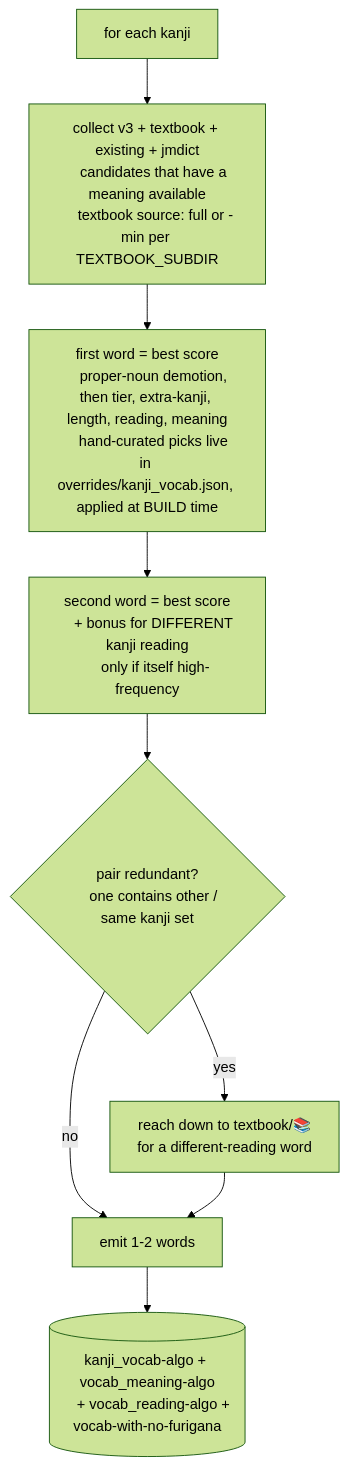
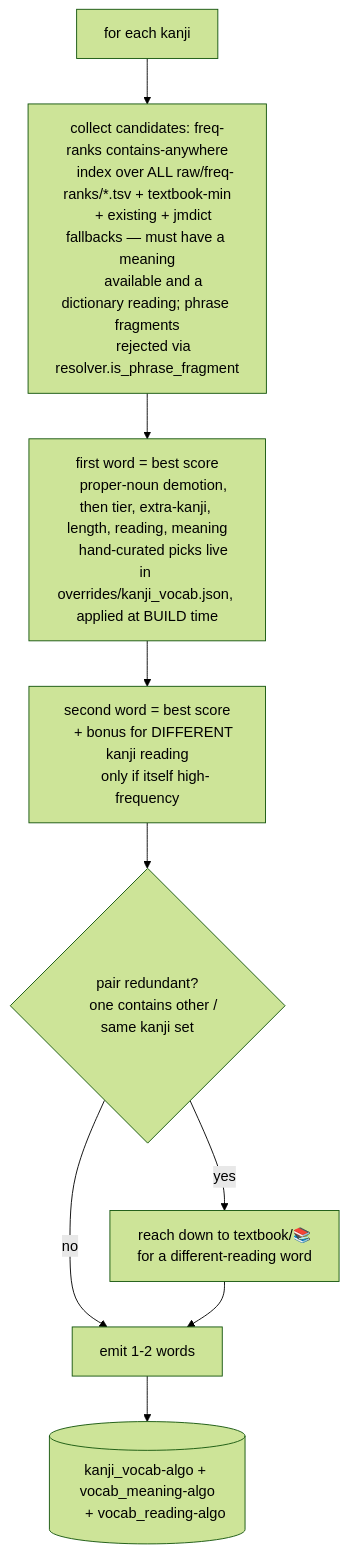
The fifth of 7 diagrams in notes/flowchart.md (PikaPikaGems/kanji-heatmap-data), drawn with Mermaid (forest theme) before and after one commit. The commit also changed other lines of this file, not shown here.

First line of the commit message:
Update flowchart.md to the post-redesign pipeline

````diff
--- a/notes/flowchart.md
+++ b/notes/flowchart.md
@@ -211,20 +224,22 @@
 ```mermaid
 flowchart TD
-    K[for each kanji] --> C[collect v3 + textbook + existing + jmdict
-    candidates that have a meaning available
-    textbook source: full or -min per TEXTBOOK_SUBDIR]
+    K[for each kanji] --> C[collect candidates: freq-ranks contains-anywhere
+    index over ALL raw/freq-ranks/*.tsv + textbook-min
+    + existing + jmdict fallbacks — must have a meaning
+    available and a dictionary reading; phrase fragments
+    rejected via resolver.is_phrase_fragment]
     C --> S1[first word = best score
     proper-noun demotion, then tier, extra-kanji, length, reading, meaning
     hand-curated picks live in overrides/kanji_vocab.json, applied at BUILD time]
     S1 --> S2[second word = best score
     + bonus for DIFFERENT kanji reading
     only if itself high-frequency]
     S2 --> RP{pair redundant?
     one contains other / same kanji set}
     RP -- yes --> ALT[reach down to textbook/📚
     for a different-reading word]
     RP -- no --> EMIT
     ALT --> EMIT[emit 1-2 words]
     EMIT --> W[(kanji_vocab-algo + vocab_meaning-algo
-    + vocab_reading-algo + vocab-with-no-furigana)]
+    + vocab_reading-algo)]
 ```
````
